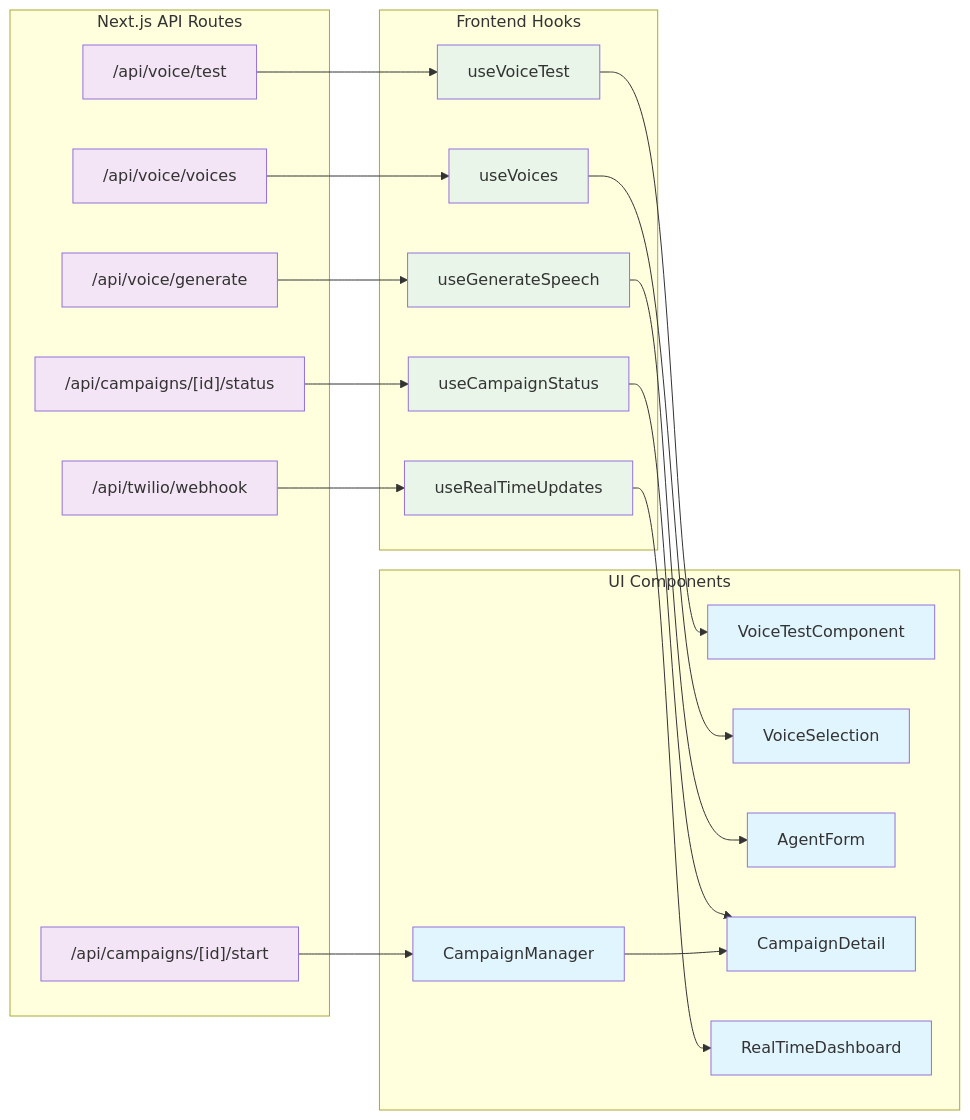
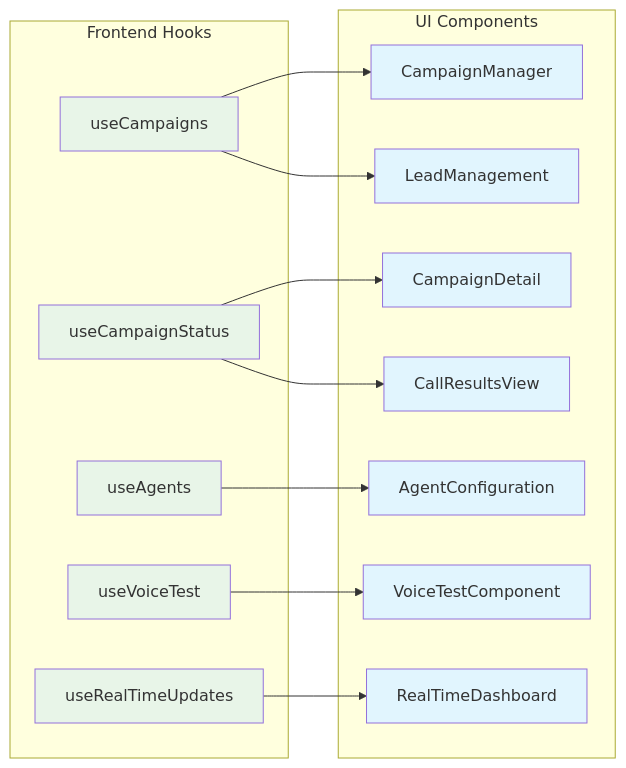
One commit to callhenk/henk changed the eighth of 13 diagrams in docs/elevenlabs-architecture.md. Above: the diagram before and after it, drawn with Mermaid. The commit also changed other lines of this file, not shown here.

First line of the commit message:
Revise ElevenLabs architecture documentation to reflect simplified outbound campaign design

````diff
--- a/docs/elevenlabs-architecture.md
+++ b/docs/elevenlabs-architecture.md
@@ -263,50 +246,34 @@
 ```mermaid
 graph LR
-    subgraph "Next.js API Routes"
-        A["/api/voice/test"]
-        B["/api/voice/generate"]
-        C["/api/voice/voices"]
-        D["/api/campaigns/[id]/start"]
-        E["/api/campaigns/[id]/status"]
-        F["/api/twilio/webhook"]
+    subgraph "UI Components"
+        A[CampaignManager]
+        B[CampaignDetail]
+        C[RealTimeDashboard]
+        D[AgentConfiguration]
+        E[VoiceTestComponent]
+        F[LeadManagement]
+        G[CallResultsView]
     end
 
     subgraph "Frontend Hooks"
-        G[useVoices]
-        H[useGenerateSpeech]
-        I[useVoiceTest]
-        J[useCampaignStatus]
-        K[useRealTimeUpdates]
+        H[useCampaigns]
+        I[useCampaignStatus]
+        J[useAgents]
+        K[useVoiceTest]
+        L[useRealTimeUpdates]
     end
 
-    subgraph "UI Components"
-        L[VoiceTestComponent]
-        M[VoiceSelection]
-        N[AgentForm]
-        O[CampaignManager]
-        P[CampaignDetail]
-        Q[RealTimeDashboard]
-    end
+    H --> A
+    I --> B
+    L --> C
+    J --> D
+    K --> E
+    H --> F
+    I --> G
 
-    A --> I
-    B --> H
-    C --> G
-    D --> O
-    E --> J
-    F --> K
+    classDef ui fill:#e1f5fe
+    classDef hook fill:#e8f5e8
 
-    I --> L
-    G --> M
-    H --> N
-    J --> P
-    K --> Q
-    O --> P
-
-    classDef api fill:#f3e5f5
-    classDef hook fill:#e8f5e8
-    classDef ui fill:#e1f5fe
-
-    class A,B,C,D,E,F api
-    class G,H,I,J,K hook
-    class L,M,N,O,P,Q ui
+    class A,B,C,D,E,F,G ui
+    class H,I,J,K,L hook
 ```
````
